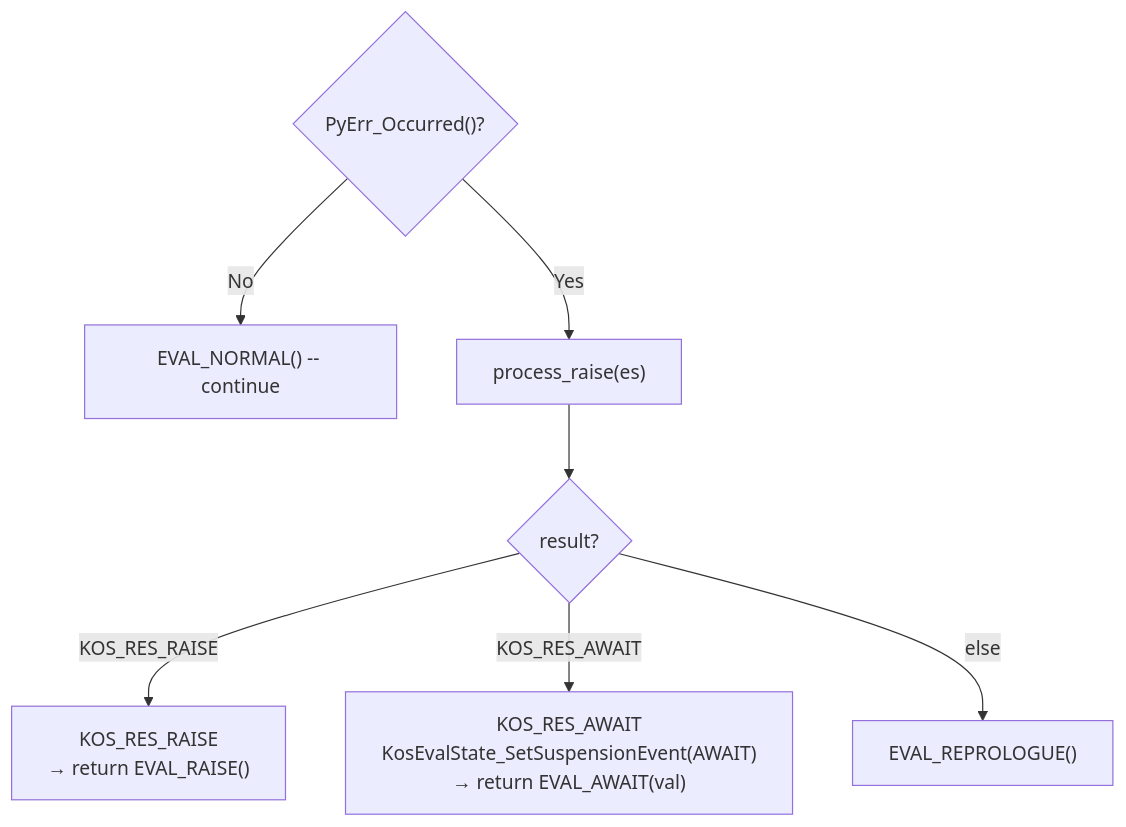
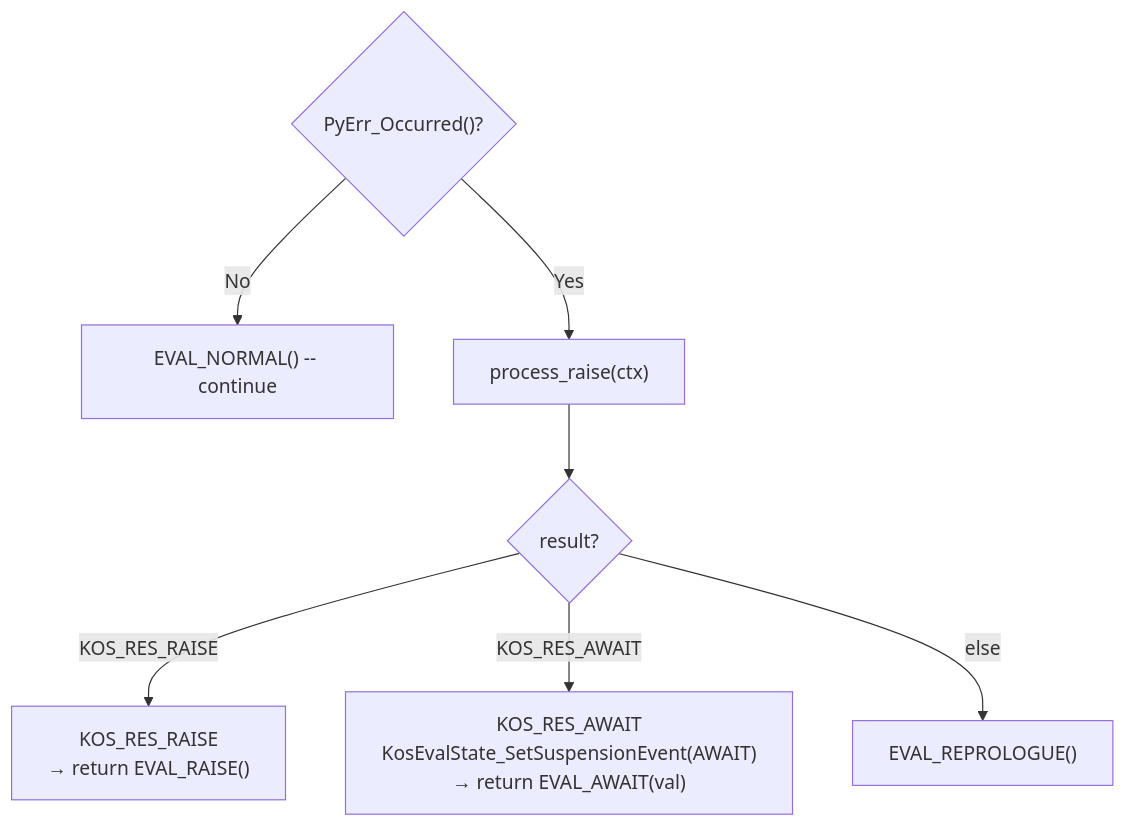
One commit to koskari-lang/koskari changed the fifth of 12 diagrams in design/EVALUATOR.md. Above: the diagram before and after it, drawn with Mermaid. The commit also changed other lines of this file and 433 other files, not shown here.

````diff
--- a/design/EVALUATOR.md
+++ b/design/EVALUATOR.md
@@ -328,17 +328,17 @@
 ```mermaid
 flowchart TD
     pyerr{"PyErr_Occurred()?"}
     cont["EVAL_NORMAL() -- continue"]
-    process["process_raise(es)"]
+    process["process_raise(ctx)"]
     raise_check{"result?"}
     stop_raise["KOS_RES_RAISE<br/>→ return EVAL_RAISE()"]
     stop_await["KOS_RES_AWAIT<br/>KosEvalState_SetSuspensionEvent(AWAIT)<br/>→ return EVAL_AWAIT(val)"]
     repro["EVAL_REPROLOGUE()"]
 
     pyerr -->|No| cont
     pyerr -->|Yes| process
     process --> raise_check
     raise_check -->|KOS_RES_RAISE| stop_raise
     raise_check -->|KOS_RES_AWAIT| stop_await
     raise_check -->|else| repro
 ```
````
